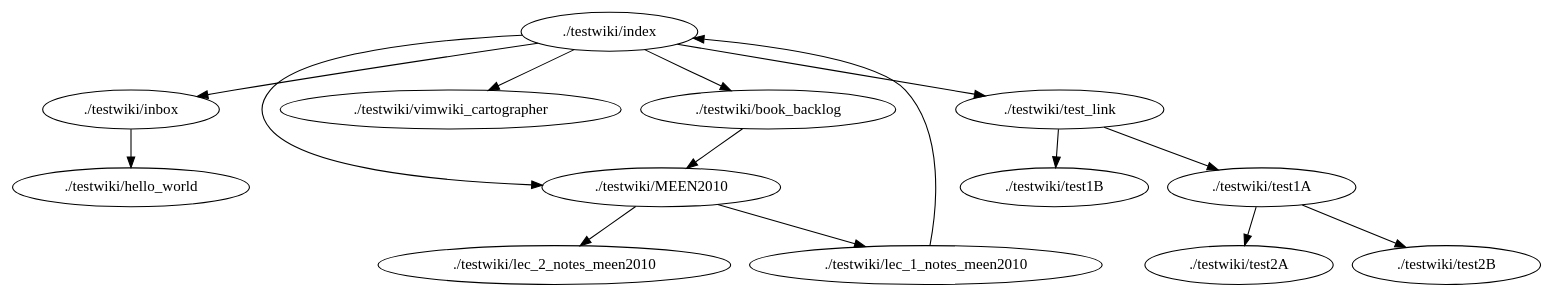
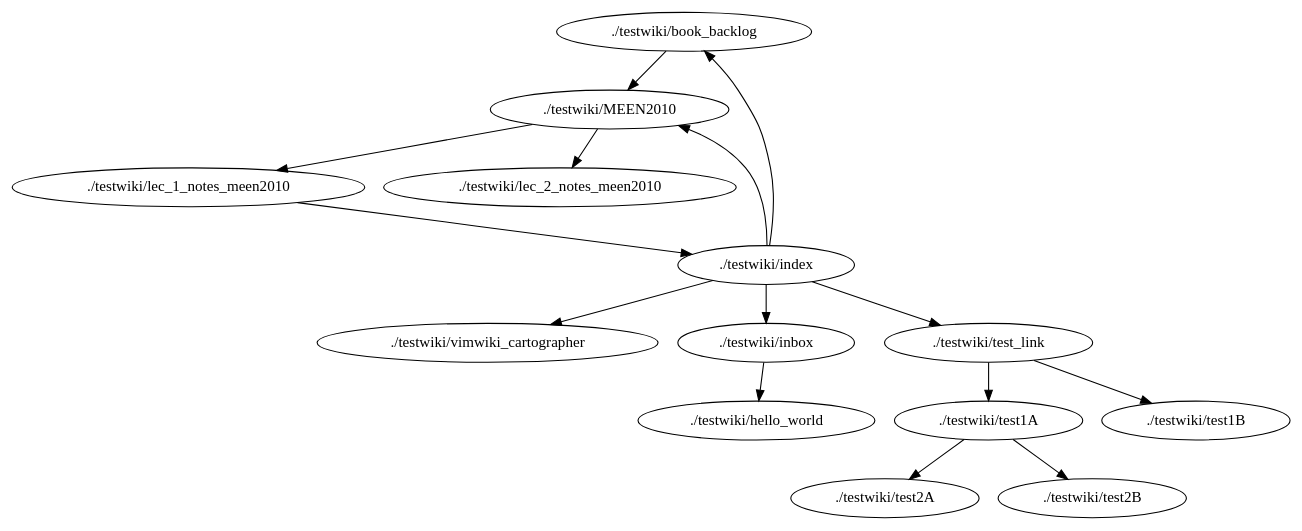
The diagram in map.dot (HaydenLeBaron/mdwiki-cartographer), drawn with Graphviz before and after one commit. The commit also changed other lines of this file and 7 other files, not shown here.

```diff
--- a/map.dot
+++ b/map.dot
@@ -1,16 +1,16 @@
 digraph VimwikiGraph {
-    "./testwiki/inbox" -> "./testwiki/hello_world";
-    "./testwiki/test1A" -> "./testwiki/test2A";
-    "./testwiki/test1A" -> "./testwiki/test2B";
+    "./testwiki/book_backlog" -> "./testwiki/MEEN2010";
     "./testwiki/index" -> "./testwiki/MEEN2010";
     "./testwiki/index" -> "./testwiki/vimwiki_cartographer";
     "./testwiki/index" -> "./testwiki/inbox";
     "./testwiki/index" -> "./testwiki/book_backlog";
     "./testwiki/index" -> "./testwiki/test_link";
-    "./testwiki/book_backlog" -> "./testwiki/MEEN2010";
-    "./testwiki/MEEN2010" -> "./testwiki/lec_1_notes_meen2010";
-    "./testwiki/MEEN2010" -> "./testwiki/lec_2_notes_meen2010";
     "./testwiki/lec_1_notes_meen2010" -> "./testwiki/index";
     "./testwiki/test_link" -> "./testwiki/test1A";
     "./testwiki/test_link" -> "./testwiki/test1B";
+    "./testwiki/MEEN2010" -> "./testwiki/lec_1_notes_meen2010";
+    "./testwiki/MEEN2010" -> "./testwiki/lec_2_notes_meen2010";
+    "./testwiki/test1A" -> "./testwiki/test2A";
+    "./testwiki/test1A" -> "./testwiki/test2B";
+    "./testwiki/inbox" -> "./testwiki/hello_world";
 }
```
